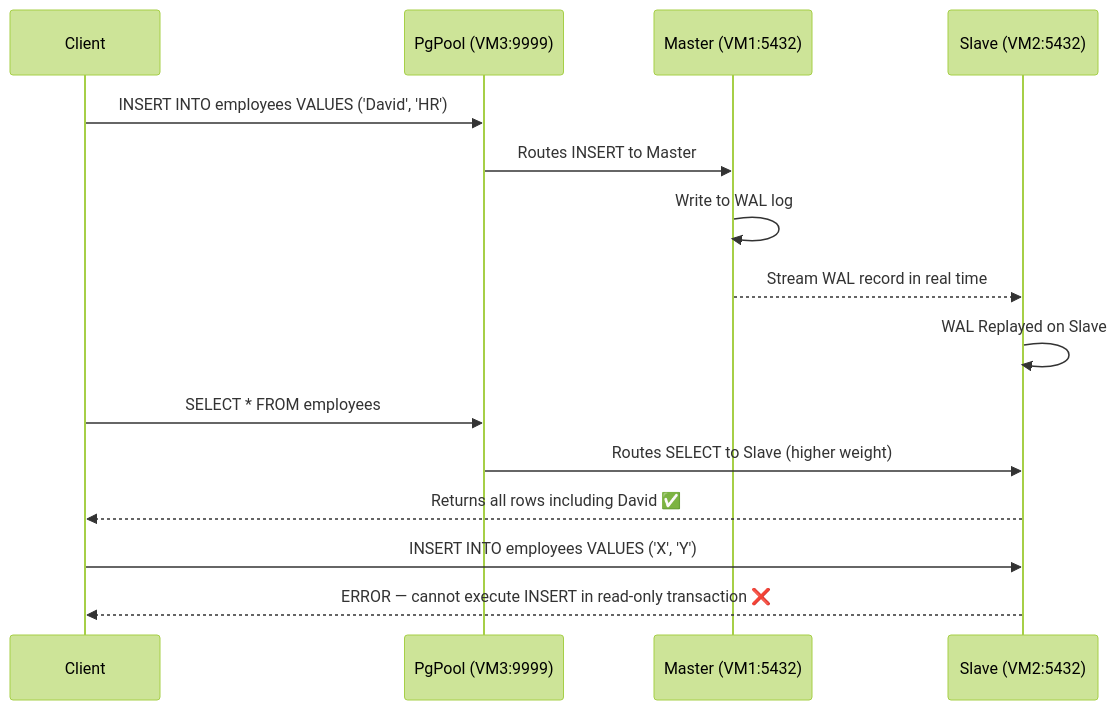
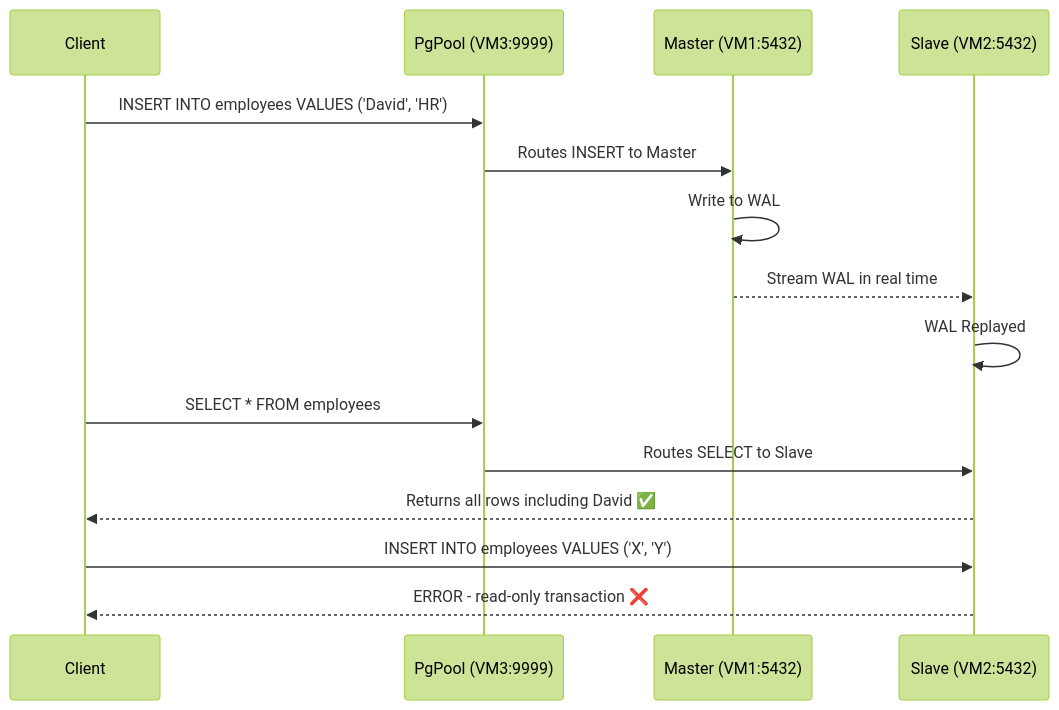
Before and after one commit to iyafes/TN_Devops_Linux: the fourth of 4 diagrams in pg_pool-with-replication.md, drawn with Mermaid (forest theme). The commit also changed other lines of this file, not shown here.

````diff
--- a/pg_pool-with-replication.md
+++ b/pg_pool-with-replication.md
@@ -739,20 +1175,20 @@
 ```mermaid
 sequenceDiagram
     participant C as Client
     participant P as PgPool (VM3:9999)
     participant M as Master (VM1:5432)
     participant S as Slave (VM2:5432)
 
     C->>P: INSERT INTO employees VALUES ('David', 'HR')
     P->>M: Routes INSERT to Master
-    M->>M: Write to WAL log
-    M-->>S: Stream WAL record in real time
-    S->>S: WAL Replayed on Slave
+    M->>M: Write to WAL
+    M-->>S: Stream WAL in real time
+    S->>S: WAL Replayed
 
     C->>P: SELECT * FROM employees
-    P->>S: Routes SELECT to Slave (higher weight)
+    P->>S: Routes SELECT to Slave
     S-->>C: Returns all rows including David ✅
 
     C->>S: INSERT INTO employees VALUES ('X', 'Y')
-    S-->>C: ERROR — cannot execute INSERT in read-only transaction ❌
+    S-->>C: ERROR - read-only transaction ❌
 ```
````
